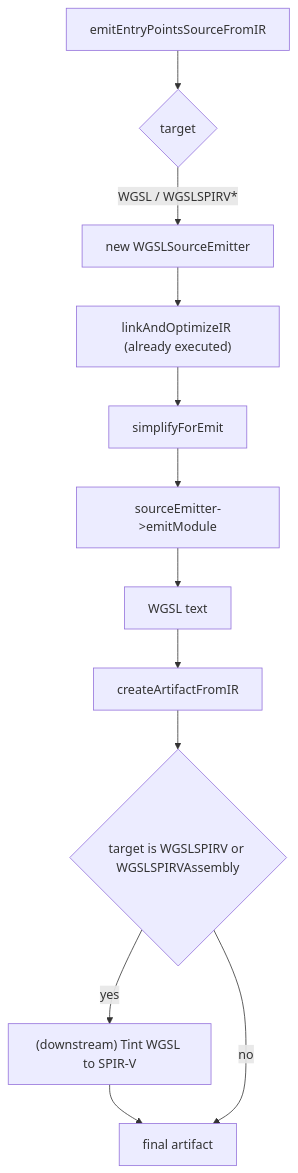
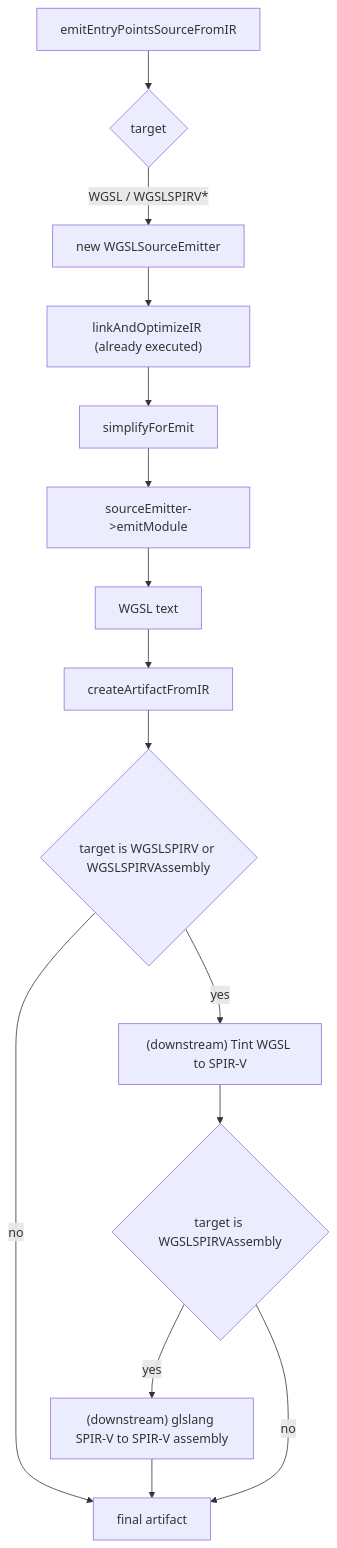
The fifth of 5 diagrams in docs/generated/design/target-pipelines/wgsl.md (shader-slang/slang), drawn with Mermaid before and after one commit. The commit also changed other lines of this file and 133 other files, not shown here.

````diff
--- a/docs/generated/design/target-pipelines/wgsl.md
+++ b/docs/generated/design/target-pipelines/wgsl.md
@@ -587,20 +592,24 @@
 ```mermaid
 flowchart TD
   ent[emitEntryPointsSourceFromIR]
   selectEmit{target}
   newEmit[new WGSLSourceEmitter]
   linkOpt2["linkAndOptimizeIR (already executed)"]
   simpForEmit[simplifyForEmit]
   emitModule[sourceEmitter->emitModule]
   textOut[WGSL text]
   artifact[createArtifactFromIR]
   spirvGate{target is WGSLSPIRV or WGSLSPIRVAssembly}
   tint["(downstream) Tint WGSL to SPIR-V"]
+  asmGate{target is WGSLSPIRVAssembly}
+  glslang["(downstream) glslang SPIR-V to SPIR-V assembly"]
   done[final artifact]
 
   ent --> selectEmit
   selectEmit -->|"WGSL / WGSLSPIRV*"| newEmit
   newEmit --> linkOpt2 --> simpForEmit --> emitModule --> textOut --> artifact --> spirvGate
-  spirvGate -->|yes| tint --> done
+  spirvGate -->|yes| tint --> asmGate
   spirvGate -->|no| done
+  asmGate -->|yes| glslang --> done
+  asmGate -->|no| done
 ```
````
